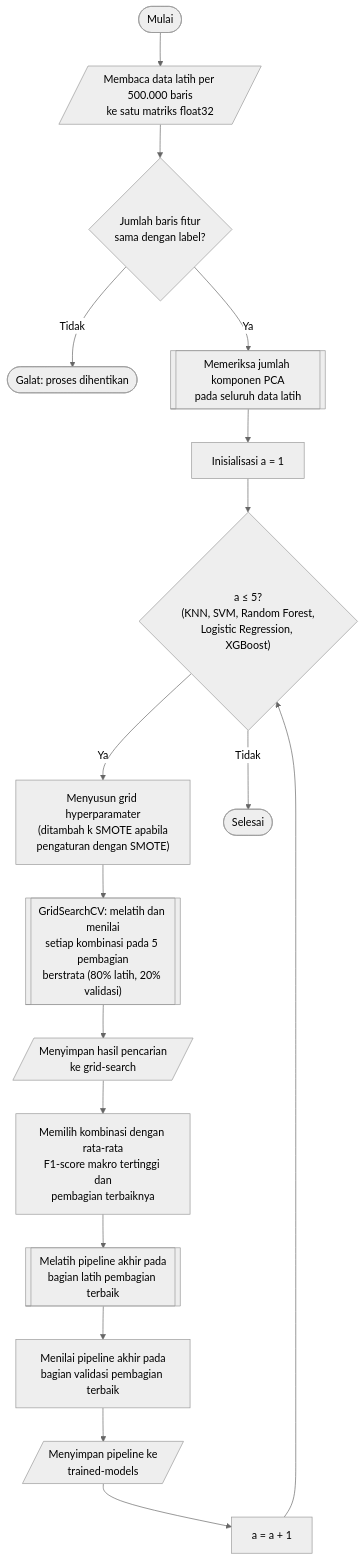
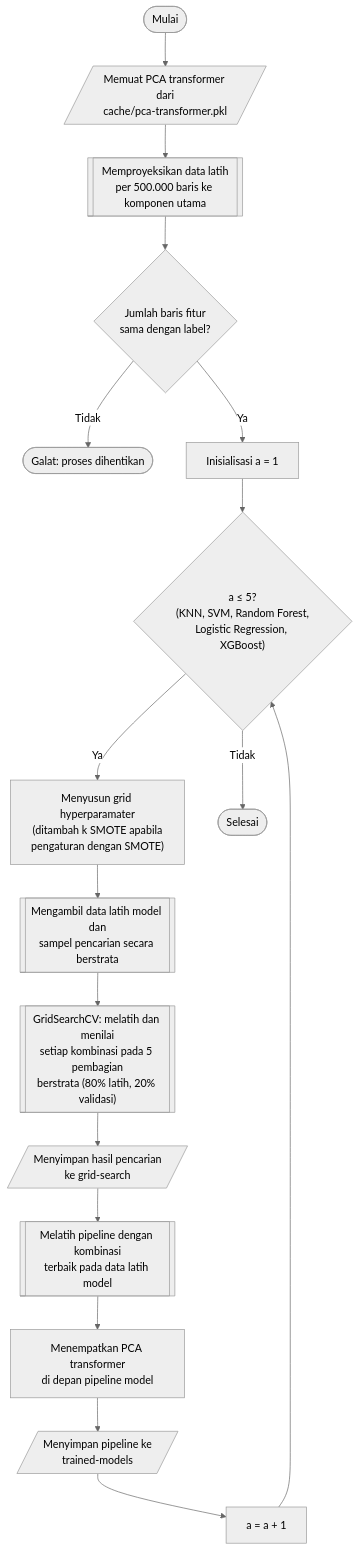
Before and after one commit to JoxNeis/mlids-robustness: the diagram in thesis/04_bab_04/08_rancangan_pelatihan_pemilihan_model.md, drawn with Mermaid (neutral theme). The commit also changed other lines of this file and 14 other files, not shown here.

````diff
--- a/thesis/04_bab_04/08_rancangan_pelatihan_pemilihan_model.md
+++ b/thesis/04_bab_04/08_rancangan_pelatihan_pemilihan_model.md
@@ -48,22 +52,22 @@
 ```mermaid
 flowchart TD
     mulai(["Mulai"])
-    mulai --> muat[/"Membaca data latih per 500.000 baris<br>ke satu matriks float32"/]
+    mulai --> muat_pca[/"Memuat PCA transformer dari<br>cache/pca-transformer.pkl"/]
+    muat_pca --> muat[["Memproyeksikan data latih<br>per 500.000 baris ke komponen utama"]]
     muat --> cek_baris{"Jumlah baris fitur<br>sama dengan label?"}
     cek_baris -->|"Tidak"| galat(["Galat: proses dihentikan"])
-    cek_baris -->|"Ya"| periksa_pca[["Memeriksa jumlah komponen PCA<br>pada seluruh data latih"]]
-    periksa_pca --> init_a["Inisialisasi a = 1"]
+    cek_baris -->|"Ya"| init_a["Inisialisasi a = 1"]
     init_a --> cek_a{"a ≤ 5?<br>(KNN, SVM, Random Forest,<br>Logistic Regression, XGBoost)"}
 
     cek_a -->|"Ya"| grid["Menyusun grid hyperparamater<br>(ditambah k SMOTE apabila<br>pengaturan dengan SMOTE)"]
-    grid --> cari[["GridSearchCV: melatih dan menilai<br>setiap kombinasi pada 5 pembagian<br>berstrata (80% latih, 20% validasi)"]]
+    grid --> sampel[["Mengambil data latih model dan<br>sampel pencarian secara berstrata"]]
+    sampel --> cari[["GridSearchCV: melatih dan menilai<br>setiap kombinasi pada 5 pembagian<br>berstrata (80% latih, 20% validasi)"]]
     cari --> simpan_cari[/"Menyimpan hasil pencarian<br>ke grid-search"/]
-    simpan_cari --> pilih["Memilih kombinasi dengan rata-rata<br>F1-score makro tertinggi dan<br>pembagian terbaiknya"]
-    pilih --> latih[["Melatih pipeline akhir pada<br>bagian latih pembagian terbaik"]]
-    latih --> nilai["Menilai pipeline akhir pada<br>bagian validasi pembagian terbaik"]
-    nilai --> simpan_model[/"Menyimpan pipeline ke<br>trained-models"/]
+    simpan_cari --> latih[["Melatih pipeline dengan kombinasi<br>terbaik pada data latih model"]]
+    latih --> gabung["Menempatkan PCA transformer<br>di depan pipeline model"]
+    gabung --> simpan_model[/"Menyimpan pipeline ke<br>trained-models"/]
     simpan_model --> inc_a["a = a + 1"]
     inc_a --> cek_a
 
     cek_a -->|"Tidak"| selesai(["Selesai"])
 ```
````
